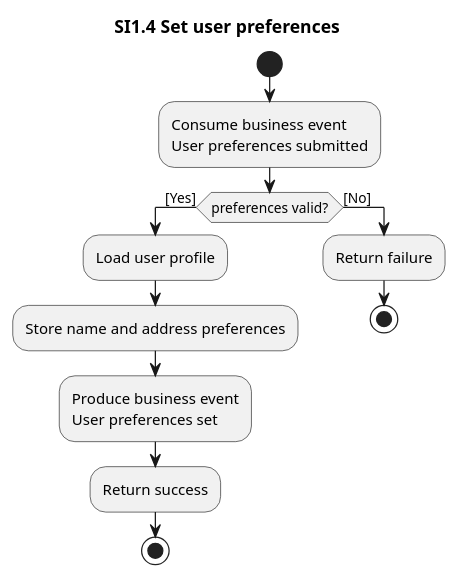
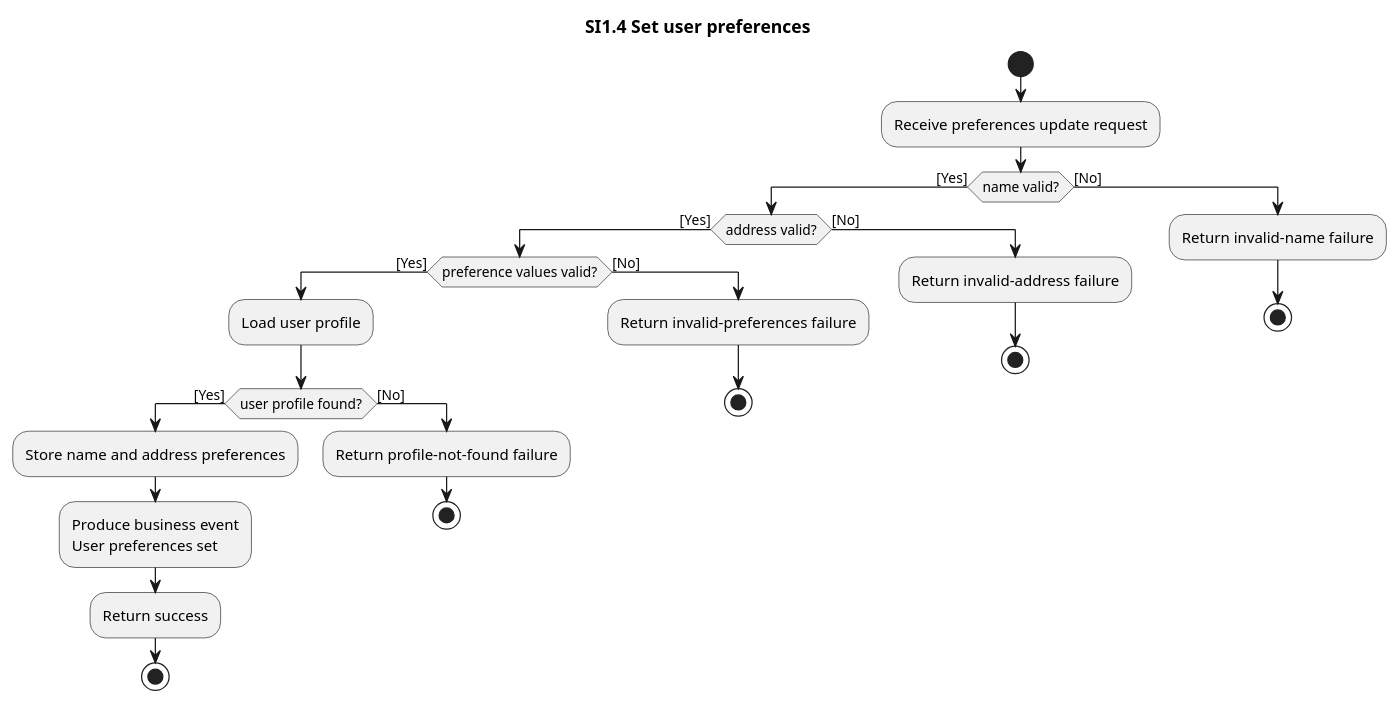
One commit to ottolote/fixme changed the diagram in docs/business/system-interactions/diagrams/si1.4-set-user-preferences.pu. Above: the diagram before and after it, drawn with PlantUML. The commit also changed 33 other files, not shown here.

Commit message:
add all conditionals etc to system interaction diagrams

```diff
--- a/docs/business/system-interactions/diagrams/si1.4-set-user-preferences.pu
+++ b/docs/business/system-interactions/diagrams/si1.4-set-user-preferences.pu
@@ -1,20 +1,34 @@
 @startuml si1.4-set-user-preferences
 title SI1.4 Set user preferences
 
 start
-:Consume business event
-User preferences submitted;
+:Receive preferences update request;
 
-if (preferences valid?) then ([Yes])
-  :Load user profile;
-  :Store name and address preferences;
-  :Produce business event
+if (name valid?) then ([Yes])
+  if (address valid?) then ([Yes])
+    if (preference values valid?) then ([Yes])
+      :Load user profile;
+      if (user profile found?) then ([Yes])
+        :Store name and address preferences;
+        :Produce business event
 User preferences set;
-  :Return success;
-  stop
+        :Return success;
+        stop
+      else ([No])
+        :Return profile-not-found failure;
+        stop
+      endif
+    else ([No])
+      :Return invalid-preferences failure;
+      stop
+    endif
+  else ([No])
+    :Return invalid-address failure;
+    stop
+  endif
 else ([No])
-  :Return failure;
+  :Return invalid-name failure;
   stop
 endif
 
 @enduml
```
